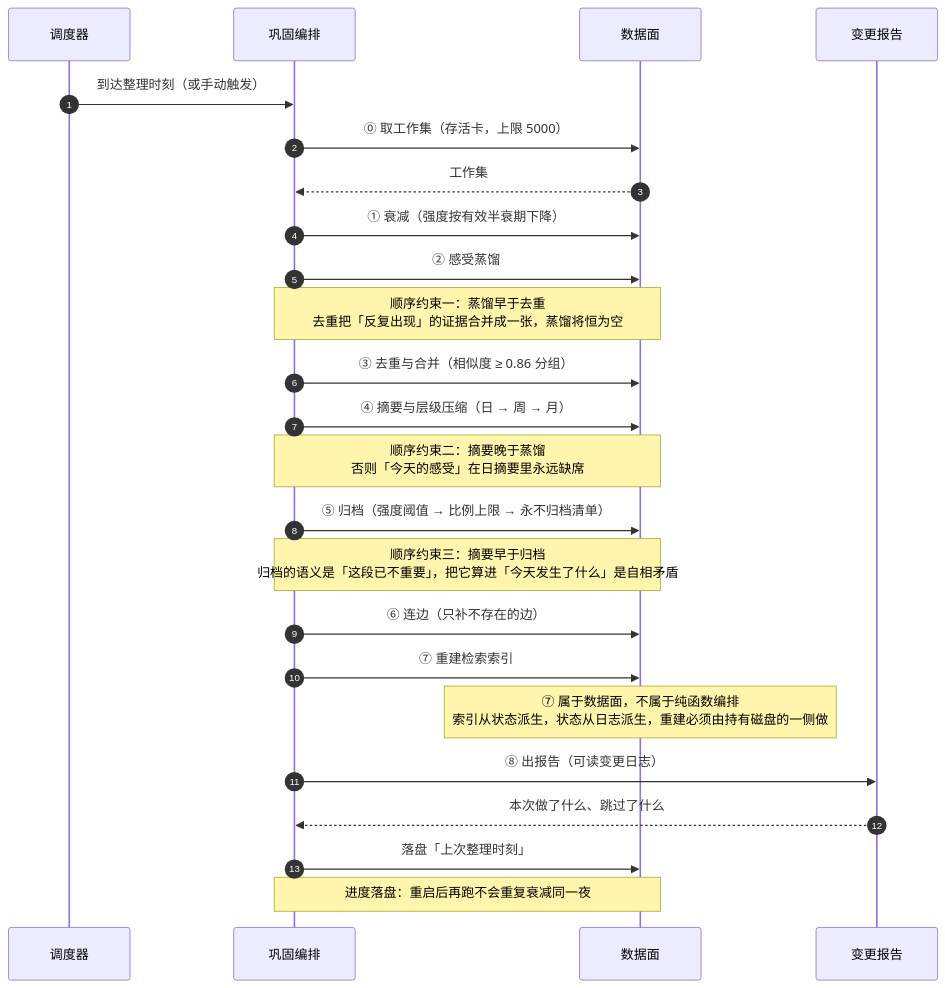
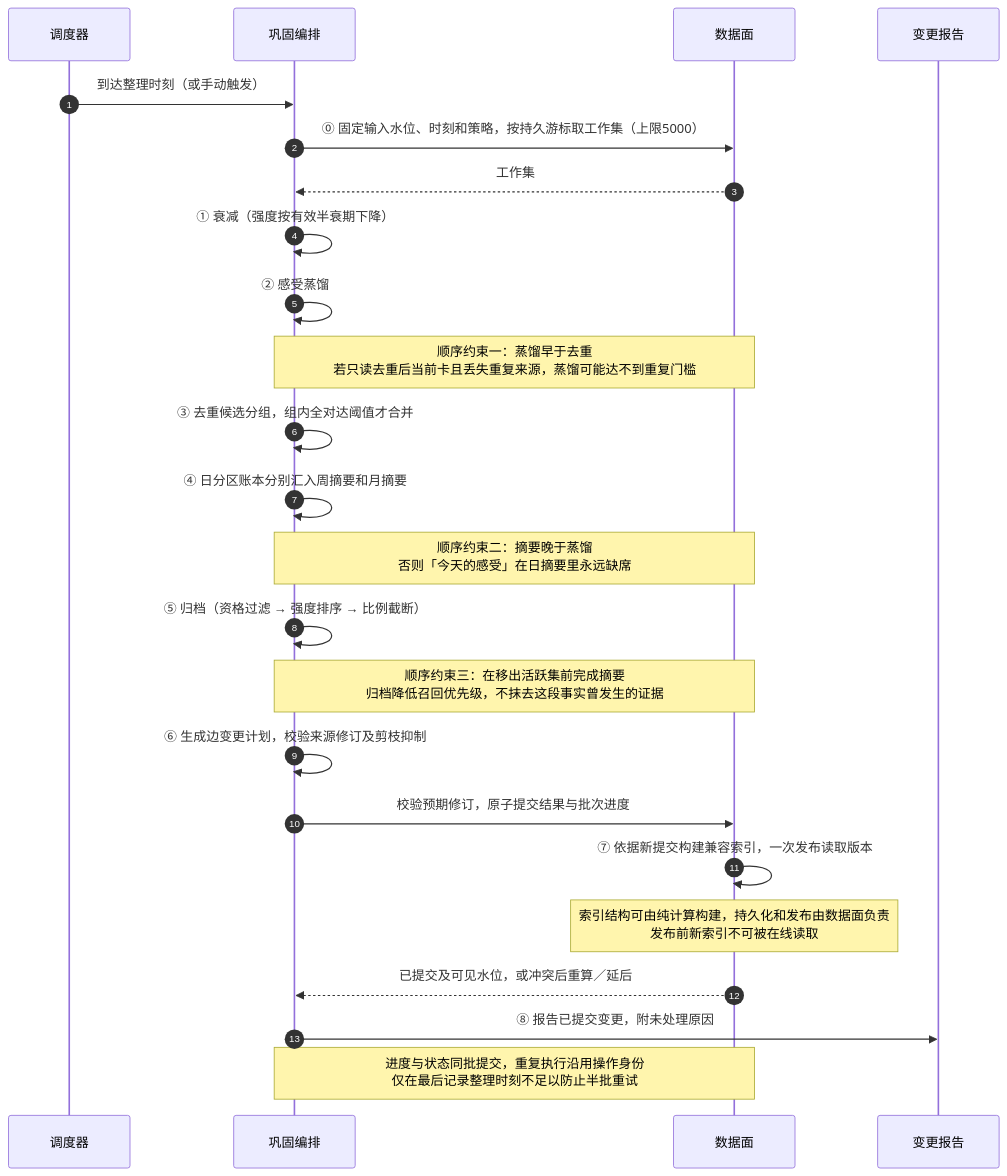
The second of 21 diagrams in docs/docs_new/11-时序图与流程图集.md (liruilong9999/memory), drawn with Mermaid before and after one commit. The commit also changed other lines of this file and 13 other files, not shown here.

````diff
--- a/docs/docs_new/11-时序图与流程图集.md
+++ b/docs/docs_new/11-时序图与流程图集.md
@@ -115,27 +117,27 @@
 ```mermaid
 sequenceDiagram
     autonumber
     participant 调度 as 调度器
     participant 编排 as 巩固编排
     participant 面 as 数据面
     participant 报 as 变更报告
 
     调度->>编排: 到达整理时刻（或手动触发）
-    编排->>面: ⓪ 取工作集（存活卡，上限 5000）
+    编排->>面: ⓪ 固定输入水位、时刻和策略，按持久游标取工作集（上限5000）
     面-->>编排: 工作集
-    编排->>面: ① 衰减（强度按有效半衰期下降）
-    编排->>面: ② 感受蒸馏
-    Note over 编排,面: 顺序约束一：蒸馏早于去重<br/>去重把「反复出现」的证据合并成一张，蒸馏将恒为空
-    编排->>面: ③ 去重与合并（相似度 ≥ 0.86 分组）
-    编排->>面: ④ 摘要与层级压缩（日 → 周 → 月）
+    编排->>编排: ① 衰减（强度按有效半衰期下降）
+    编排->>编排: ② 感受蒸馏
+    Note over 编排,面: 顺序约束一：蒸馏早于去重<br/>若只读去重后当前卡且丢失重复来源，蒸馏可能达不到重复门槛
+    编排->>编排: ③ 去重候选分组，组内全对达阈值才合并
+    编排->>编排: ④ 日分区账本分别汇入周摘要和月摘要
     Note over 编排,面: 顺序约束二：摘要晚于蒸馏<br/>否则「今天的感受」在日摘要里永远缺席
-    编排->>面: ⑤ 归档（强度阈值 → 比例上限 → 永不归档清单）
-    Note over 编排,面: 顺序约束三：摘要早于归档<br/>归档的语义是「这段已不重要」，把它算进「今天发生了什么」是自相矛盾
-    编排->>面: ⑥ 连边（只补不存在的边）
-    编排->>面: ⑦ 重建检索索引
-    Note over 面: ⑦ 属于数据面，不属于纯函数编排<br/>索引从状态派生，状态从日志派生，重建必须由持有磁盘的一侧做
-    编排->>报: ⑧ 出报告（可读变更日志）
-    报-->>编排: 本次做了什么、跳过了什么
-    编排->>面: 落盘「上次整理时刻」
-    Note over 编排,面: 进度落盘：重启后再跑不会重复衰减同一夜
+    编排->>编排: ⑤ 归档（资格过滤 → 强度排序 → 比例截断）
+    Note over 编排,面: 顺序约束三：在移出活跃集前完成摘要<br/>归档降低召回优先级，不抹去这段事实曾发生的证据
+    编排->>编排: ⑥ 生成边变更计划，校验来源修订及剪枝抑制
+    编排->>面: 校验预期修订，原子提交结果与批次进度
+    面->>面: ⑦ 依据新提交构建兼容索引，一次发布读取版本
+    Note over 面: 索引结构可由纯计算构建，持久化和发布由数据面负责<br/>发布前新索引不可被在线读取
+    面-->>编排: 已提交及可见水位，或冲突后重算／延后
+    编排->>报: ⑧ 报告已提交变更，附未处理原因
+    Note over 编排,面: 进度与状态同批提交，重复执行沿用操作身份<br/>仅在最后记录整理时刻不足以防止半批重试
 ```
````
